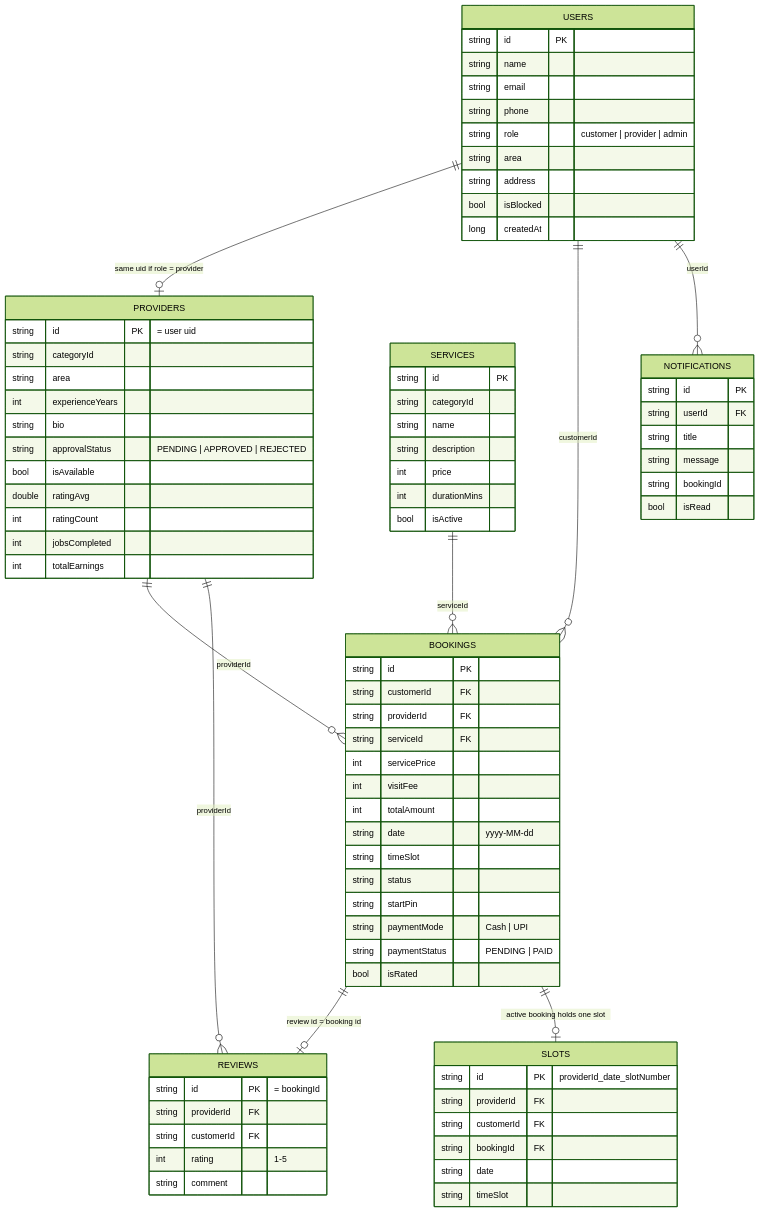
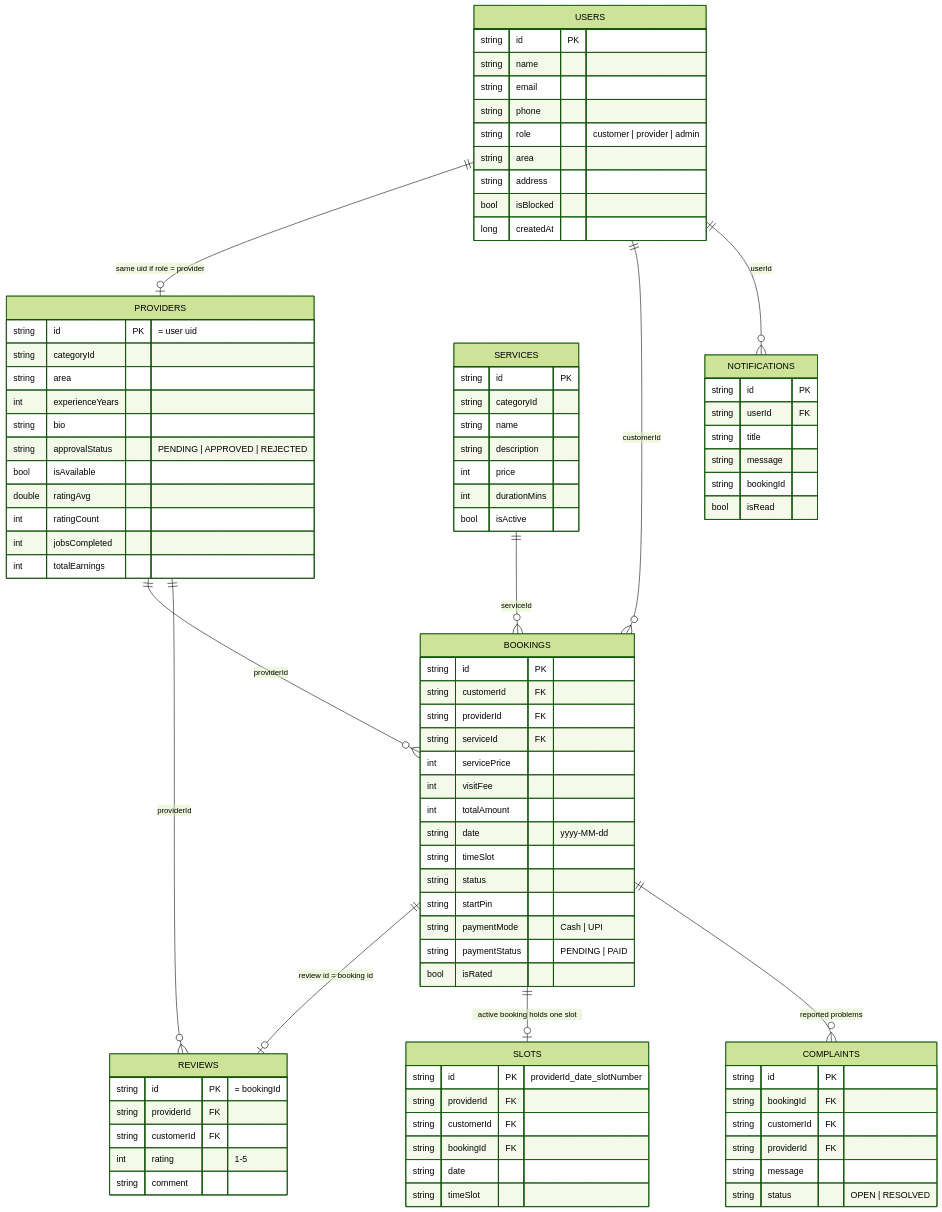
One commit to janvi0802/ServiceHub changed the second of 5 diagrams in docs/REPORT_KIT.md. Above: the diagram before and after it, drawn with Mermaid (forest theme). The commit also changed other lines of this file and 26 other files, not shown here.

Commit message:
User-analysis improvements: weekly days off, busy slots shown, own area first, price note, open in maps, report a problem + admin complaints, add service, user search

```diff
--- a/docs/REPORT_KIT.md
+++ b/docs/REPORT_KIT.md
@@ -44,6 +44,7 @@
     SERVICES ||--o{ BOOKINGS : "serviceId"
     BOOKINGS ||--o| REVIEWS : "review id = booking id"
     BOOKINGS ||--o| SLOTS : "active booking holds one slot"
+    BOOKINGS ||--o{ COMPLAINTS : "reported problems"
     PROVIDERS ||--o{ REVIEWS : "providerId"
     USERS ||--o{ NOTIFICATIONS : "userId"
 
@@ -111,6 +112,14 @@
         string bookingId
         bool isRead
     }
+    COMPLAINTS {
+        string id PK
+        string bookingId FK
+        string customerId FK
+        string providerId FK
+        string message
+        string status "OPEN | RESOLVED"
+    }
     SLOTS {
         string id PK "providerId_date_slotNumber"
         string providerId FK
```
